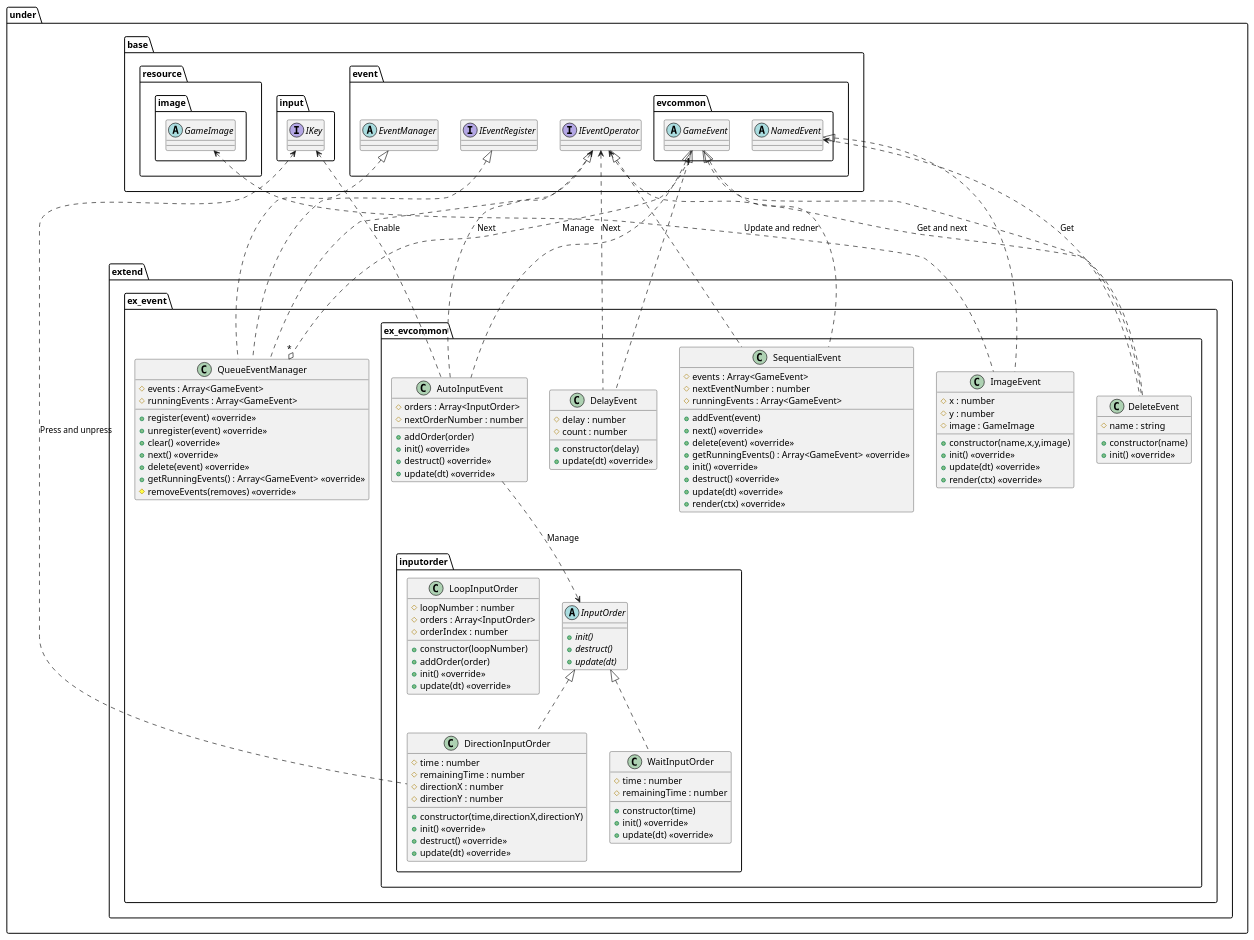
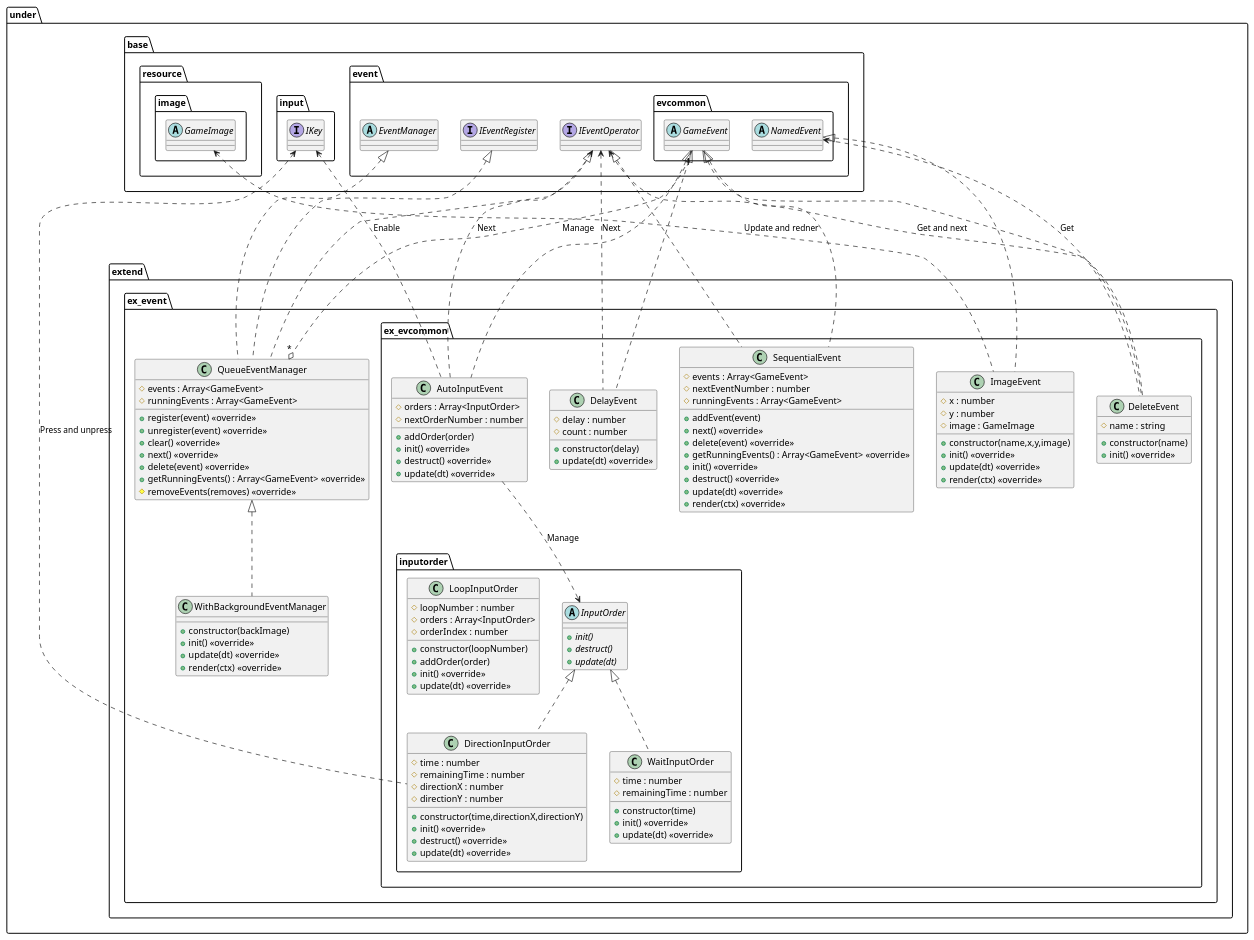
One commit to Expine/Under changed the diagram in uml/event/Extend.wsd. Above: the diagram before and after it, drawn with PlantUML. The commit also changed 13 other files, not shown here.

Commit message:
Add event manager with background

```diff
--- a/uml/event/Extend.wsd
+++ b/uml/event/Extend.wsd
@@ -1,143 +1,150 @@
 @startuml EventExtend
 
 package under {
     package extend {
         package ex_event {
             class QueueEventManager {
                 #events : Array<GameEvent>
                 #runningEvents : Array<GameEvent>
                 +register(event) <<override>>
                 +unregister(event) <<override>>
                 +clear() <<override>>
                 +next() <<override>>
                 +delete(event) <<override>>
                 +getRunningEvents() : Array<GameEvent> <<override>>
                 #removeEvents(removes) <<override>>
+            }
+            class WithBackgroundEventManager {
+                +constructor(backImage)
+                +init() <<override>>
+                +update(dt) <<override>>
+                +render(ctx) <<override>>
             }
             package ex_evcommon {
                 package inputorder {
                     abstract InputOrder {
                         {abstract} +init()
                         {abstract} +destruct()
                         {abstract} +update(dt)
                     }
                     class DirectionInputOrder {
                         +constructor(time,directionX,directionY)
                         #time : number
                         #remainingTime : number
                         #directionX : number
                         #directionY : number
                         +init() <<override>>
                         +destruct() <<override>>
                         +update(dt) <<override>>
                     }
                     class WaitInputOrder {
                         +constructor(time)
                         #time : number
                         #remainingTime : number
                         +init() <<override>>
                         +update(dt) <<override>>
                     }
                     class LoopInputOrder {
                         +constructor(loopNumber)
                         #loopNumber : number
                         #orders : Array<InputOrder>
                         #orderIndex : number
                         +addOrder(order)
                         +init() <<override>>
                         +update(dt) <<override>>
                     }
                 }
                 class AutoInputEvent {
                     #orders : Array<InputOrder>
                     #nextOrderNumber : number
                     +addOrder(order)
                     +init() <<override>>
                     +destruct() <<override>>
                     +update(dt) <<override>>
                 }
                 class DelayEvent {
                     +constructor(delay)
                     #delay : number
                     #count : number
                     +update(dt) <<override>>
                 }
                 class DeleteEvent {
                     +constructor(name)
                     #name : string
                     +init() <<override>>
                 }
                 class ImageEvent {
                     +constructor(name,x,y,image)
                     #x : number
                     #y : number
                     #image : GameImage
                     +init() <<override>>
                     +update(dt) <<override>>
                     +render(ctx) <<override>>
                 }
                 class SequentialEvent {
                     #events : Array<GameEvent>
                     #nextEventNumber : number
                     #runningEvents : Array<GameEvent>
                     +addEvent(event)
                     +next() <<override>>
                     +delete(event) <<override>>
                     +getRunningEvents() : Array<GameEvent> <<override>>
                     +init() <<override>>
                     +destruct() <<override>>
                     +update(dt) <<override>>
                     +render(ctx) <<override>>
                 }
             }
         }
     }
 }
 
 package under {
     package base {
         package input {
             interface IKey
         }
         package resource {
             package image {
                 abstract GameImage
             }
         }
         package event {
             abstract EventManager
             interface IEventOperator
             interface IEventRegister
             package evcommon {
                 abstract GameEvent
                 abstract NamedEvent
             }
         }
     }
 }
 
 GameEvent "1" ..o "*" QueueEventManager : Manage
 
 IKey <... DirectionInputOrder : Press and unpress
 IKey <... AutoInputEvent : Enable
 AutoInputEvent ..> InputOrder : Manage
 IEventOperator <.. AutoInputEvent : Next
 IEventOperator <.. DelayEvent : Next
 IEventOperator <.. DeleteEvent : Get and next
 NamedEvent <.. DeleteEvent : Get
 GameImage <.. ImageEvent : Update and redner
 
 EventManager <|... QueueEventManager
 IEventRegister <|... QueueEventManager
 IEventOperator <|... QueueEventManager
+QueueEventManager<|.. WithBackgroundEventManager
 
 InputOrder <|.. DirectionInputOrder
 InputOrder <|.. WaitInputOrder
 GameEvent <|.. AutoInputEvent
 GameEvent <|.. DelayEvent
 GameEvent <|.. DeleteEvent
 NamedEvent <|.. ImageEvent
 GameEvent <|.. SequentialEvent
 IEventOperator <|.. SequentialEvent
 
 @enduml
```
